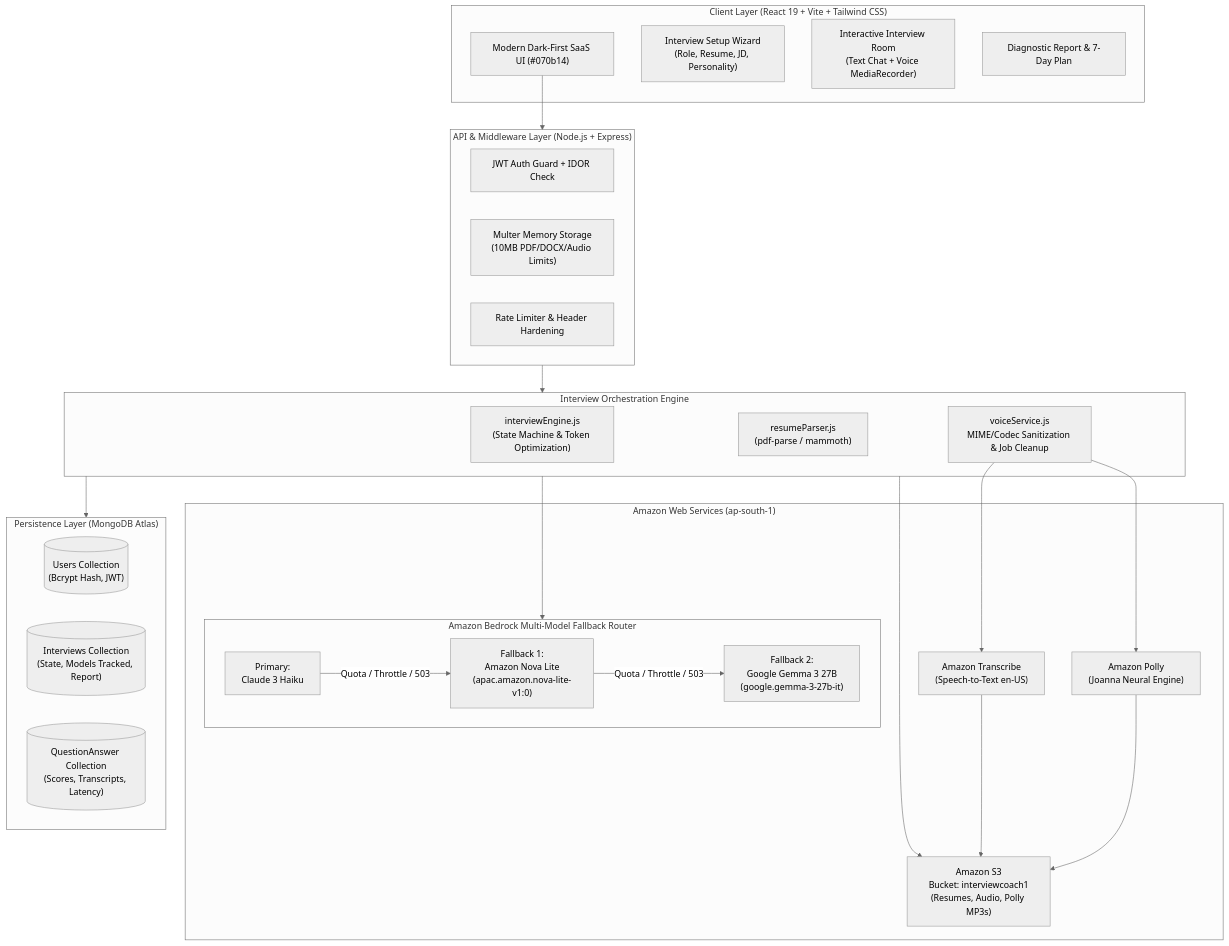
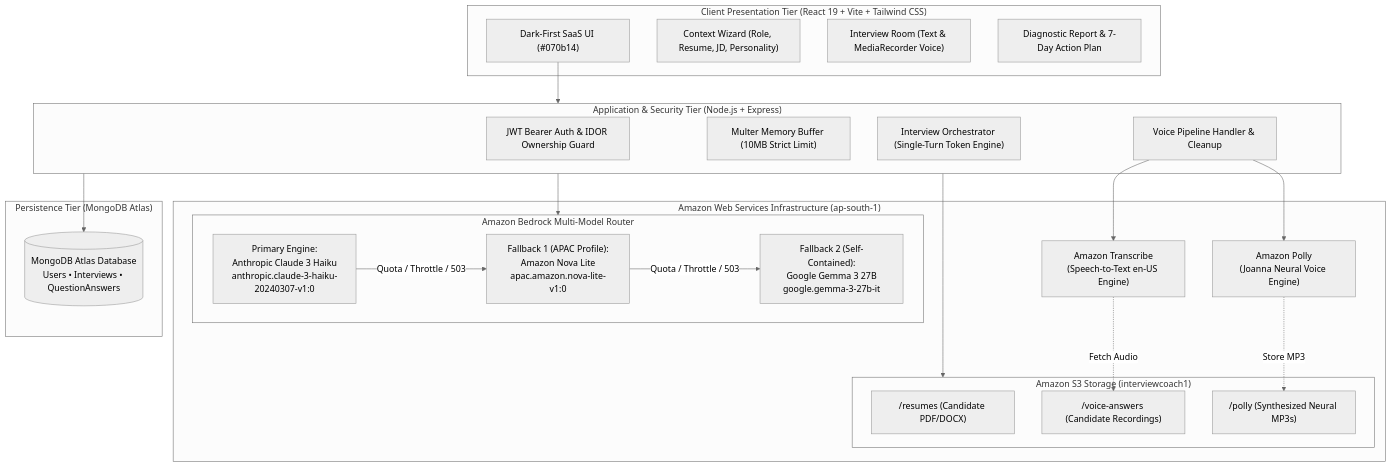
The first of 2 diagrams in README.md (Sanesh764/interviewCoach), drawn with Mermaid (neutral theme) before and after one commit. The commit also changed other lines of this file, not shown here.

````diff
--- a/README.md
+++ b/README.md
@@ -81,52 +63,49 @@
 ```mermaid
 flowchart TD
-    subgraph Client ["Client Layer (React 19 + Vite + Tailwind CSS)"]
-        UI["Modern Dark-First SaaS UI (#070b14)"]
-        Setup["Interview Setup Wizard\n(Role, Resume, JD, Personality)"]
-        Room["Interactive Interview Room\n(Text Chat + Voice MediaRecorder)"]
-        Report["Diagnostic Report & 7-Day Plan"]
+    subgraph Client ["Client Presentation Tier (React 19 + Vite + Tailwind CSS)"]
+        UI["Dark-First SaaS UI (#070b14)"]
+        Setup["Context Wizard (Role, Resume, JD, Personality)"]
+        Room["Interview Room (Text & MediaRecorder Voice)"]
+        ReportUI["Diagnostic Report & 7-Day Action Plan"]
     end
 
-    subgraph Gateway ["API & Middleware Layer (Node.js + Express)"]
-        AuthMid["JWT Auth Guard + IDOR Check"]
-        UploadMid["Multer Memory Storage\n(10MB PDF/DOCX/Audio Limits)"]
-        RateMid["Rate Limiter & Header Hardening"]
+    subgraph API ["Application & Security Tier (Node.js + Express)"]
+        Auth["JWT Bearer Auth & IDOR Ownership Guard"]
+        Upload["Multer Memory Buffer (10MB Strict Limit)"]
+        Engine["Interview Orchestrator (Single-Turn Token Engine)"]
+        VoiceOrch["Voice Pipeline Handler & Cleanup"]
     end
 
-    subgraph CoreEngine ["Interview Orchestration Engine"]
-        Engine["interviewEngine.js\n(State Machine & Token Optimization)"]
-        Parser["resumeParser.js\n(pdf-parse / mammoth)"]
-        VoiceHandler["voiceService.js\nMIME/Codec Sanitization & Job Cleanup"]
-    end
-
-    subgraph AWSCloud ["Amazon Web Services (ap-south-1)"]
-        subgraph BedrockRouter ["Amazon Bedrock Multi-Model Fallback Router"]
-            Claude["Primary:\nClaude 3 Haiku"]
-            Nova["Fallback 1:\nAmazon Nova Lite\n(apac.amazon.nova-lite-v1:0)"]
-            Gemma["Fallback 2:\nGoogle Gemma 3 27B\n(google.gemma-3-27b-it)"]
+    subgraph AWS ["Amazon Web Services Infrastructure (ap-south-1)"]
+        subgraph BedrockCluster ["Amazon Bedrock Multi-Model Router"]
+            Claude["Primary Engine:\nAnthropic Claude 3 Haiku\nanthropic.claude-3-haiku-20240307-v1:0"]
+            Nova["Fallback 1 (APAC Profile):\nAmazon Nova Lite\napac.amazon.nova-lite-v1:0"]
+            Gemma["Fallback 2 (Self-Contained):\nGoogle Gemma 3 27B\ngoogle.gemma-3-27b-it"]
             Claude -->|Quota / Throttle / 503| Nova
             Nova -->|Quota / Throttle / 503| Gemma
         end
 
-        S3["Amazon S3\nBucket: interviewcoach1\n(Resumes, Audio, Polly MP3s)"]
-        Transcribe["Amazon Transcribe\n(Speech-to-Text en-US)"]
-        Polly["Amazon Polly\n(Joanna Neural Engine)"]
+        subgraph S3Bucket ["Amazon S3 Storage (interviewcoach1)"]
+            S3Resumes["/resumes (Candidate PDF/DOCX)"]
+            S3Audio["/voice-answers (Candidate Recordings)"]
+            S3Polly["/polly (Synthesized Neural MP3s)"]
+        end
+
+        Transcribe["Amazon Transcribe\n(Speech-to-Text en-US Engine)"]
+        Polly["Amazon Polly\n(Joanna Neural Voice Engine)"]
     end
 
-    subgraph Database ["Persistence Layer (MongoDB Atlas)"]
-        Users[("Users Collection\n(Bcrypt Hash, JWT)")]
-        Interviews[("Interviews Collection\n(State, Models Tracked, Report)")]
-        QA[("QuestionAnswer Collection\n(Scores, Transcripts, Latency)")]
+    subgraph Persistence ["Persistence Tier (MongoDB Atlas)"]
+        DB[("MongoDB Atlas Database\nUsers • Interviews • QuestionAnswers")]
     end
 
-    %% Flow Connections
-    UI --> Gateway
-    Gateway --> CoreEngine
-    CoreEngine --> Database
-    CoreEngine --> BedrockRouter
-    CoreEngine --> S3
-    VoiceHandler --> Transcribe
-    VoiceHandler --> Polly
-    Transcribe --> S3
-    Polly --> S3
+    %% Wiring
+    UI --> API
+    API --> BedrockCluster
+    API --> S3Bucket
+    VoiceOrch --> Transcribe
+    VoiceOrch --> Polly
+    Transcribe -.->|Fetch Audio| S3Audio
+    Polly -.->|Store MP3| S3Polly
+    API --> DB
 ```
````
